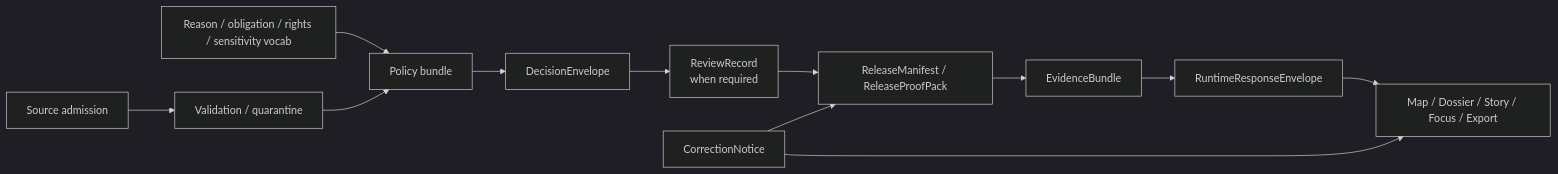
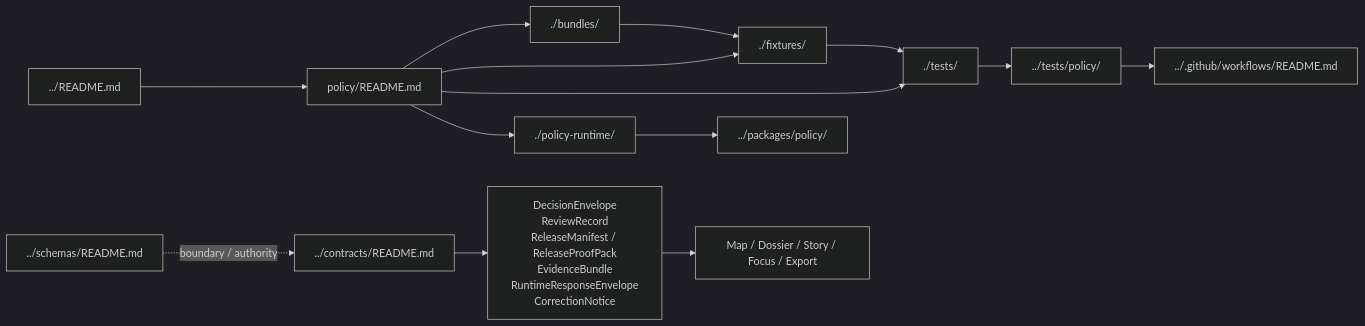
One commit to bartytime4life/Kansas-Frontier-Matrix changed the diagram in policy/README.md. Above: the diagram before and after it, drawn with Mermaid (dark theme). The commit also changed other lines of this file, not shown here.

First line of the commit message:
Change policy status to review and update owners

````diff
--- a/policy/README.md
+++ b/policy/README.md
@@ -272,14 +320,18 @@
 ```mermaid
 flowchart LR
-  Source[Source admission] --> Validate[Validation / quarantine]
-  Vocab[Reason / obligation / rights / sensitivity vocab] --> Bundle[Policy bundle]
-  Validate --> Bundle
-  Bundle --> Decision[DecisionEnvelope]
-  Decision --> Review[ReviewRecord<br/>when required]
-  Review --> Release[ReleaseManifest / ReleaseProofPack]
-  Release --> Evidence[EvidenceBundle]
-  Evidence --> Runtime[RuntimeResponseEnvelope]
-  Runtime --> Surfaces[Map / Dossier / Story / Focus / Export]
-  Correction[CorrectionNotice] --> Release
-  Correction --> Surfaces
+  Root["../README.md"] --> Policy["policy/README.md"]
+  Policy --> Bundles["./bundles/"]
+  Policy --> Fixtures["./fixtures/"]
+  Policy --> PolicyTests["./tests/"]
+  Policy --> PolicyRuntime["./policy-runtime/"]
+
+  Contracts["../contracts/README.md"] --> TrustObjects["DecisionEnvelope<br/>ReviewRecord<br/>ReleaseManifest / ReleaseProofPack<br/>EvidenceBundle<br/>RuntimeResponseEnvelope<br/>CorrectionNotice"]
+  Schemas["../schemas/README.md"] -. boundary / authority .-> Contracts
+
+  Bundles --> Fixtures
+  Fixtures --> PolicyTests
+  PolicyRuntime --> PackageSupport["../packages/policy/"]
+  PolicyTests --> RepoProof["../tests/policy/"]
+  RepoProof --> Workflows["../.github/workflows/README.md"]
+  TrustObjects --> Surfaces["Map / Dossier / Story / Focus / Export"]
 ```
````
